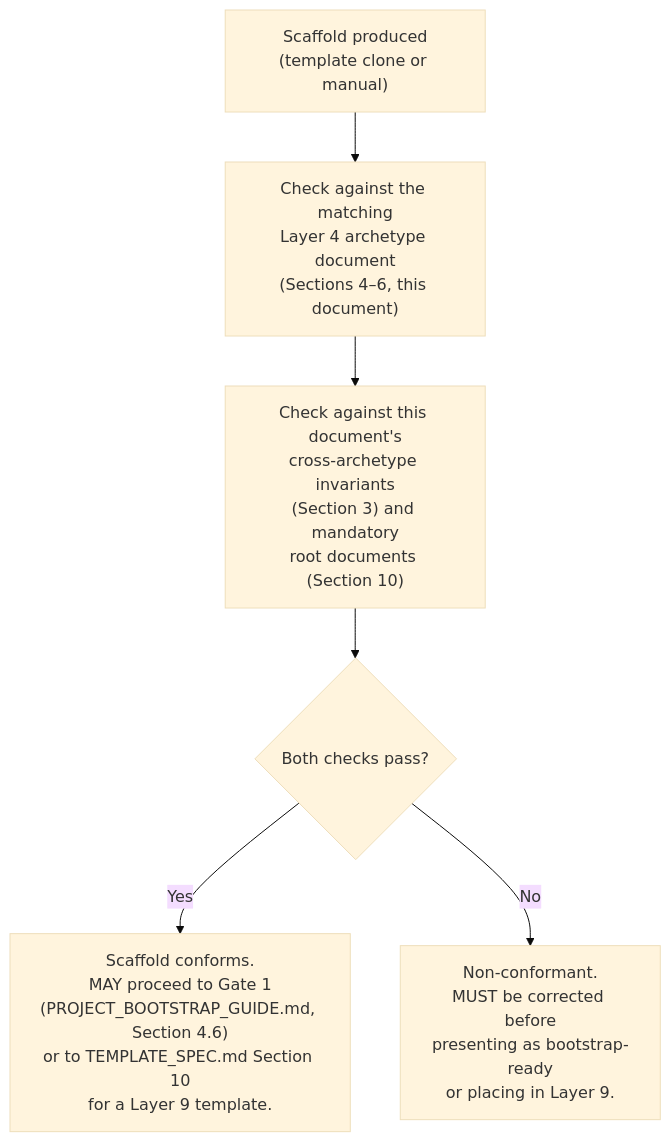
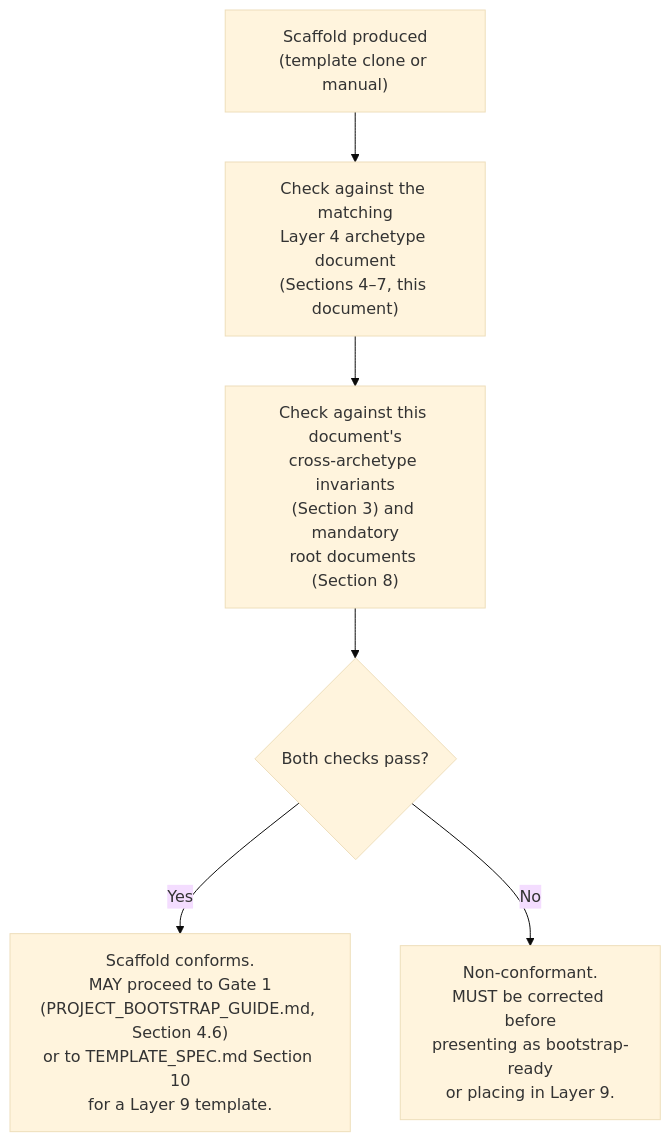
The diagram in docs/framework/05_developer_manuals/PROJECT_STRUCTURE.md (alexnodelog/ai_engineering_os), drawn with Mermaid (base theme) before and after one commit. The commit also changed other lines of this file, not shown here.

First line of the commit message:
Activate Mobile archetype in PROJECT_STRUCTURE.md

````diff
--- a/docs/framework/05_developer_manuals/PROJECT_STRUCTURE.md
+++ b/docs/framework/05_developer_manuals/PROJECT_STRUCTURE.md
@@ -287,8 +319,8 @@
 ```mermaid
 flowchart TD
-    Scaffold["Scaffold produced\n(template clone or manual)"] --> CheckL4["Check against the matching\nLayer 4 archetype document\n(Sections 4–6, this document)"]
-    CheckL4 --> CheckStruct["Check against this document's\ncross-archetype invariants\n(Section 3) and mandatory\nroot documents (Section 10)"]
+    Scaffold["Scaffold produced\n(template clone or manual)"] --> CheckL4["Check against the matching\nLayer 4 archetype document\n(Sections 4–7, this document)"]
+    CheckL4 --> CheckStruct["Check against this document's\ncross-archetype invariants\n(Section 3) and mandatory\nroot documents (Section 8)"]
     CheckStruct --> Match{"Both checks pass?"}
     Match -->|Yes| Ready["Scaffold conforms.\nMAY proceed to Gate 1\n(PROJECT_BOOTSTRAP_GUIDE.md, Section 4.6)\nor to TEMPLATE_SPEC.md Section 10\nfor a Layer 9 template."]
     Match -->|No| Fail["Non-conformant.\nMUST be corrected before\npresenting as bootstrap-ready\nor placing in Layer 9."]
 ```
````
